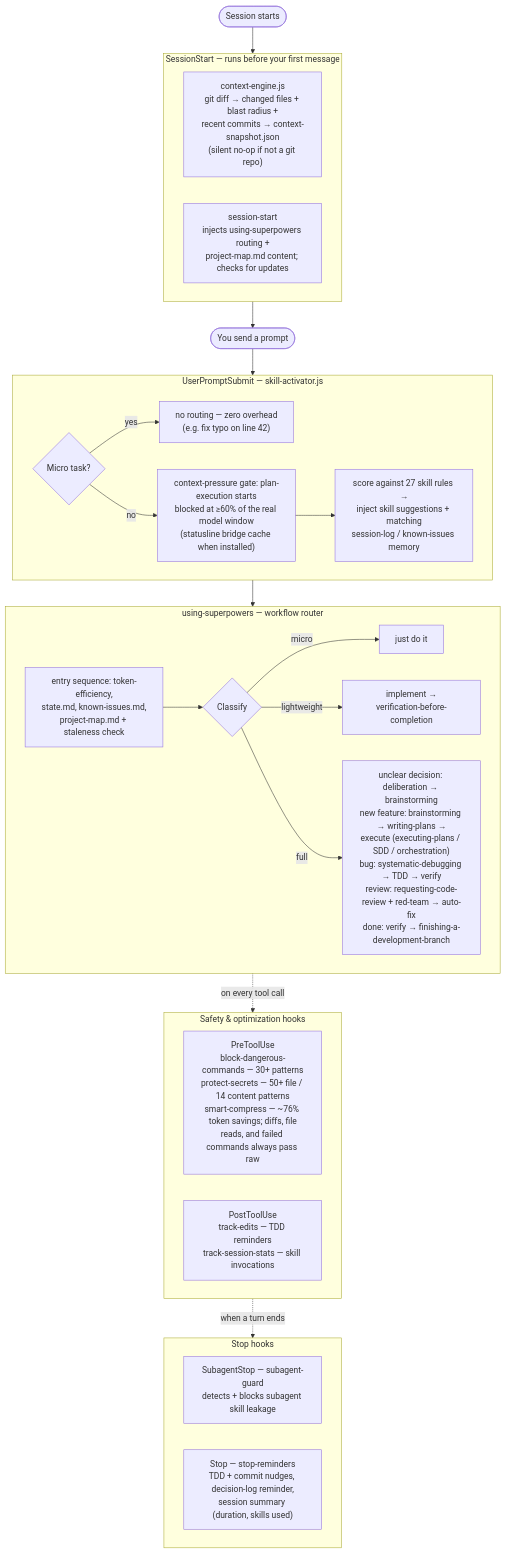
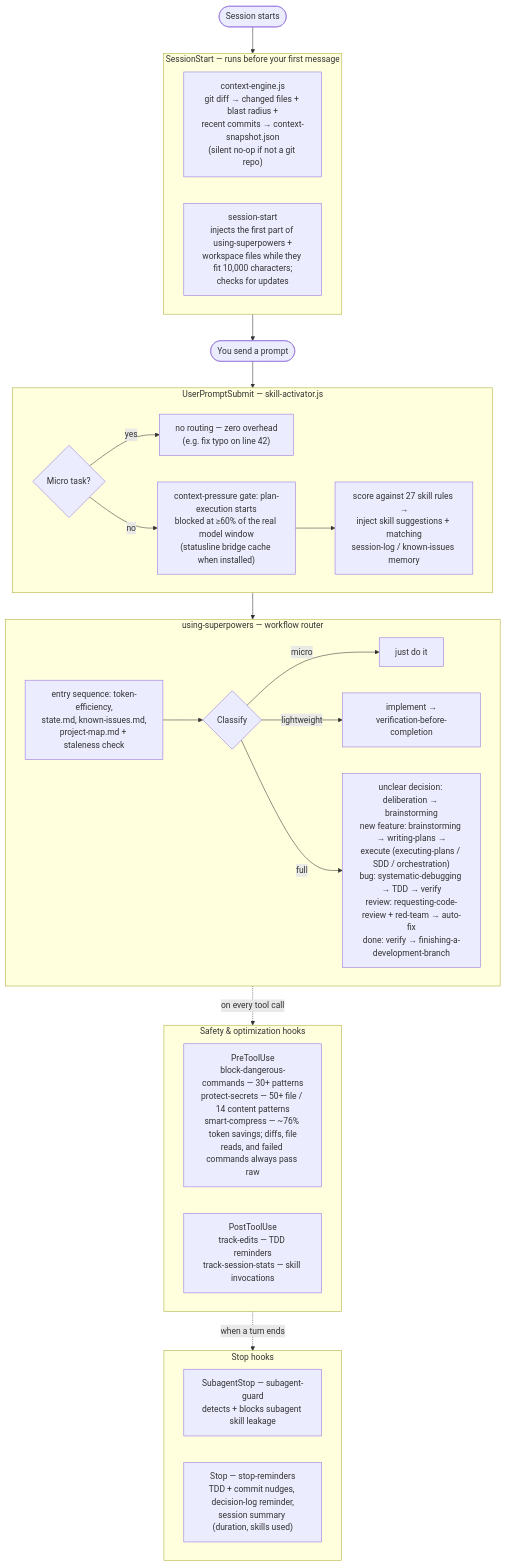
One commit to brunob54/superpowers-orchestrator changed the diagram in README.md. Above: the diagram before and after it, drawn with Mermaid. The commit also changed other lines of this file and 7 other files, not shown here.

````diff
--- a/README.md
+++ b/README.md
@@ -90,42 +90,42 @@
 ```mermaid
 flowchart TD
     START([Session starts]) --> SS
 
     subgraph SS["SessionStart — runs before your first message"]
         CE["context-engine.js<br/>git diff → changed files + blast radius +<br/>recent commits → context-snapshot.json<br/>(silent no-op if not a git repo)"]
-        SST["session-start<br/>injects using-superpowers routing +<br/>project-map.md content; checks for updates"]
+        SST["session-start<br/>injects the first part of using-superpowers +<br/>workspace files while they fit 10,000 characters;<br/>checks for updates"]
     end
 
     SS --> PROMPT([You send a prompt])
     PROMPT --> SA
 
     subgraph SA["UserPromptSubmit — skill-activator.js"]
         Q1{"Micro task?"} -->|yes| Z1["no routing — zero overhead<br/>(e.g. fix typo on line 42)"]
         Q1 -->|no| PG["context-pressure gate: plan-execution starts<br/>blocked at ≥60% of the real model window<br/>(statusline bridge cache when installed)"]
         PG --> SCORE["score against 27 skill rules →<br/>inject skill suggestions + matching<br/>session-log / known-issues memory"]
     end
 
     SA --> RT
 
     subgraph RT["using-superpowers — workflow router"]
         ES["entry sequence: token-efficiency,<br/>state.md, known-issues.md,<br/>project-map.md + staleness check"]
         ES --> CLS{"Classify"}
         CLS -->|micro| JD["just do it"]
         CLS -->|lightweight| LW["implement →<br/>verification-before-completion"]
         CLS -->|full| FULL["unclear decision: deliberation → brainstorming<br/>new feature: brainstorming → writing-plans →<br/>execute (executing-plans / SDD / orchestration)<br/>bug: systematic-debugging → TDD → verify<br/>review: requesting-code-review + red-team → auto-fix<br/>done: verify → finishing-a-development-branch"]
     end
 
     RT -.->|"on every tool call"| TOOLS
 
     subgraph TOOLS["Safety & optimization hooks"]
         PRE["PreToolUse<br/>block-dangerous-commands — 30+ patterns<br/>protect-secrets — 50+ file / 14 content patterns<br/>smart-compress — ~76% token savings; diffs, file<br/>reads, and failed commands always pass raw"]
         POST["PostToolUse<br/>track-edits — TDD reminders<br/>track-session-stats — skill invocations"]
     end
 
     TOOLS -.->|"when a turn ends"| STOPS
 
     subgraph STOPS["Stop hooks"]
         SG["SubagentStop — subagent-guard<br/>detects + blocks subagent skill leakage"]
         SR["Stop — stop-reminders<br/>TDD + commit nudges, decision-log reminder,<br/>session summary (duration, skills used)"]
     end
 ```
````
